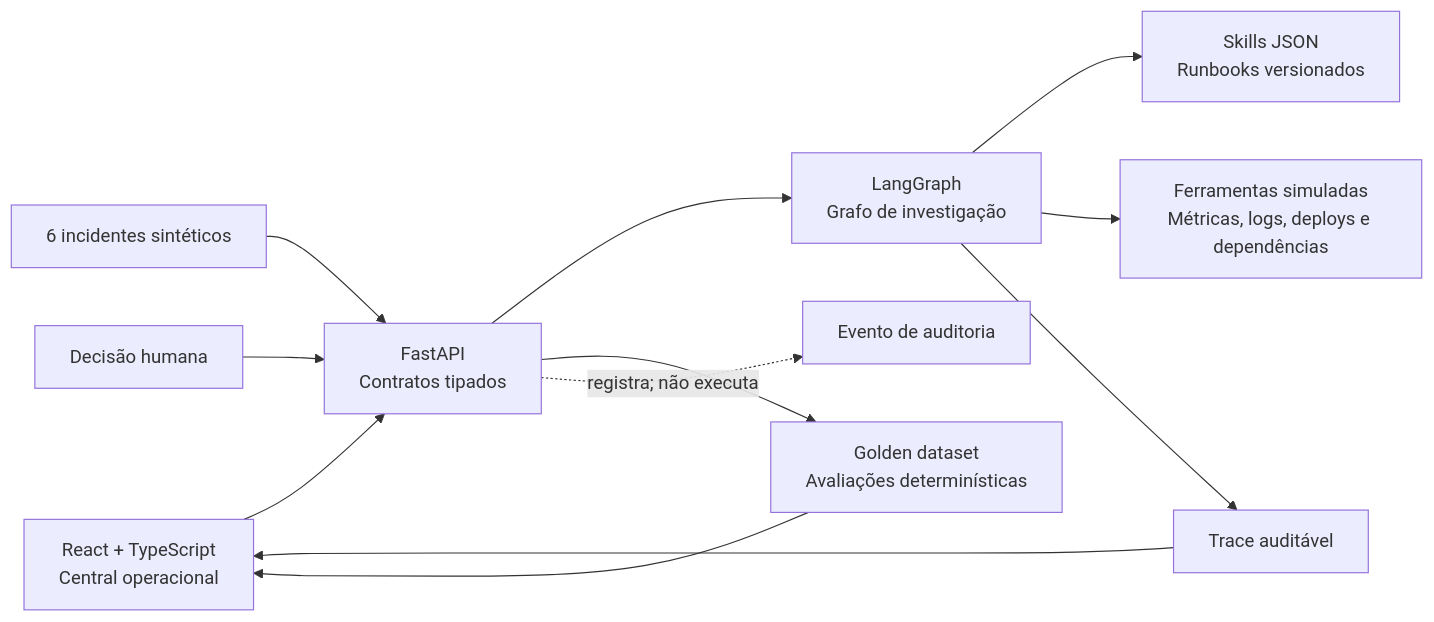
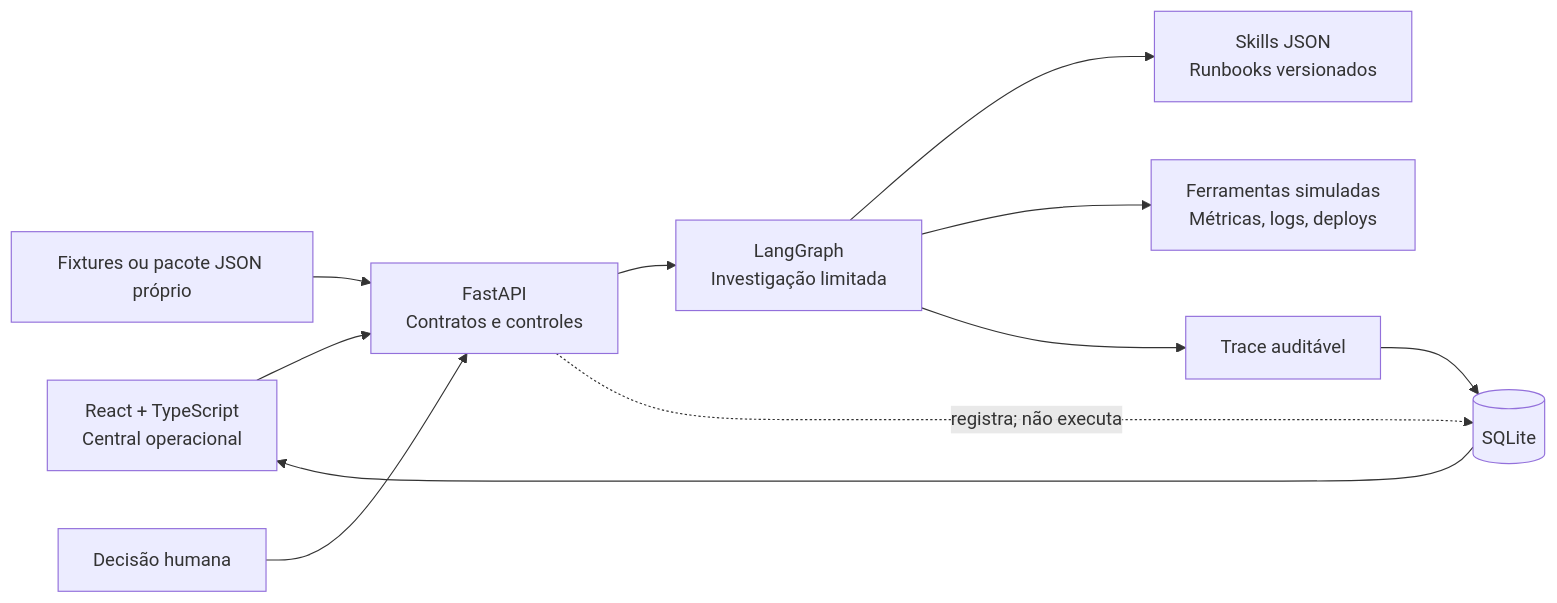
Before and after one commit to adrianohsnegrao/incident-room: the diagram in README.md, drawn with Mermaid. The commit also changed other lines of this file and 23 other files, not shown here.

````diff
--- a/README.md
+++ b/README.md
@@ -42,14 +58,13 @@
 ```mermaid
 flowchart LR
-    UI[React + TypeScript<br/>Central operacional] --> API[FastAPI<br/>Contratos tipados]
-    API --> GRAPH[LangGraph<br/>Grafo de investigação]
+    UI[React + TypeScript<br/>Central operacional] --> API[FastAPI<br/>Contratos e controles]
+    API --> GRAPH[LangGraph<br/>Investigação limitada]
     GRAPH --> SKILLS[Skills JSON<br/>Runbooks versionados]
-    GRAPH --> TOOLS[Ferramentas simuladas<br/>Métricas, logs, deploys e dependências]
-    FIXTURES[6 incidentes sintéticos] --> API
+    GRAPH --> TOOLS[Ferramentas simuladas<br/>Métricas, logs, deploys]
+    INPUT[Fixtures ou pacote JSON próprio] --> API
     GRAPH --> TRACE[Trace auditável]
-    TRACE --> UI
-    API --> EVALS[Golden dataset<br/>Avaliações determinísticas]
-    EVALS --> UI
+    TRACE --> DB[(SQLite)]
+    DB --> UI
     HUMAN[Decisão humana] --> API
-    API -. registra; não executa .-> AUDIT[Evento de auditoria]
+    API -. registra; não executa .-> DB
 ```
````
